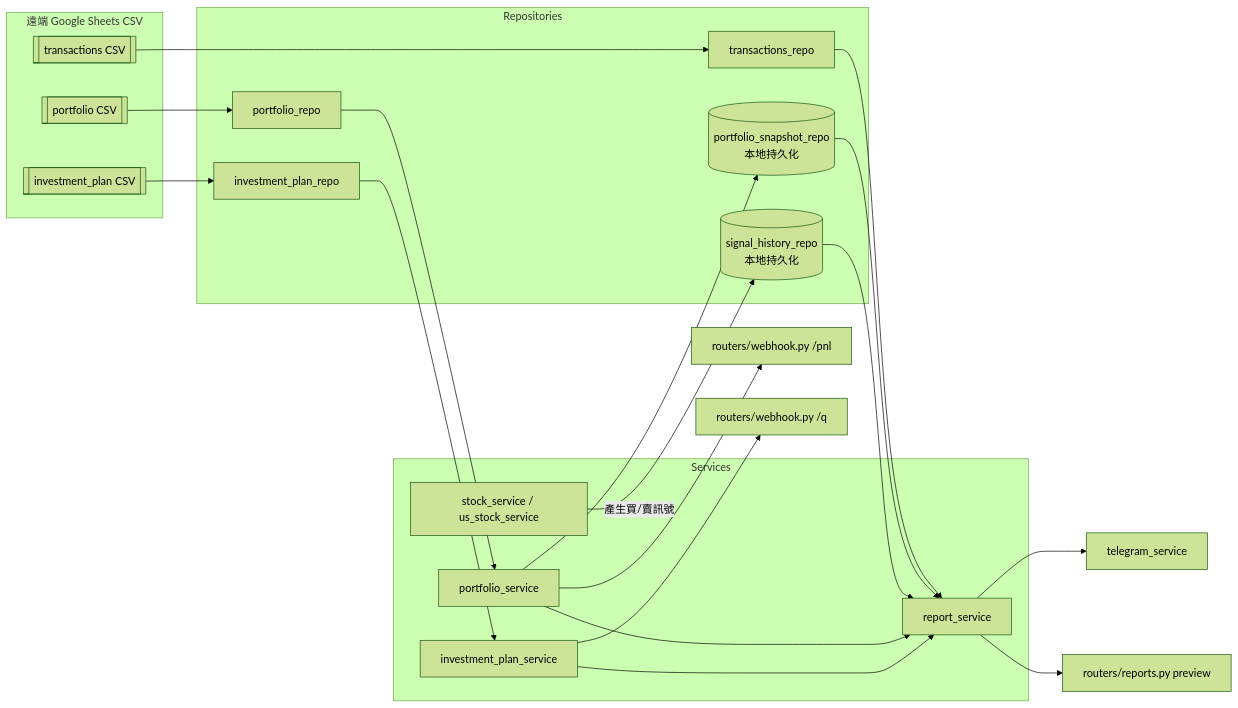
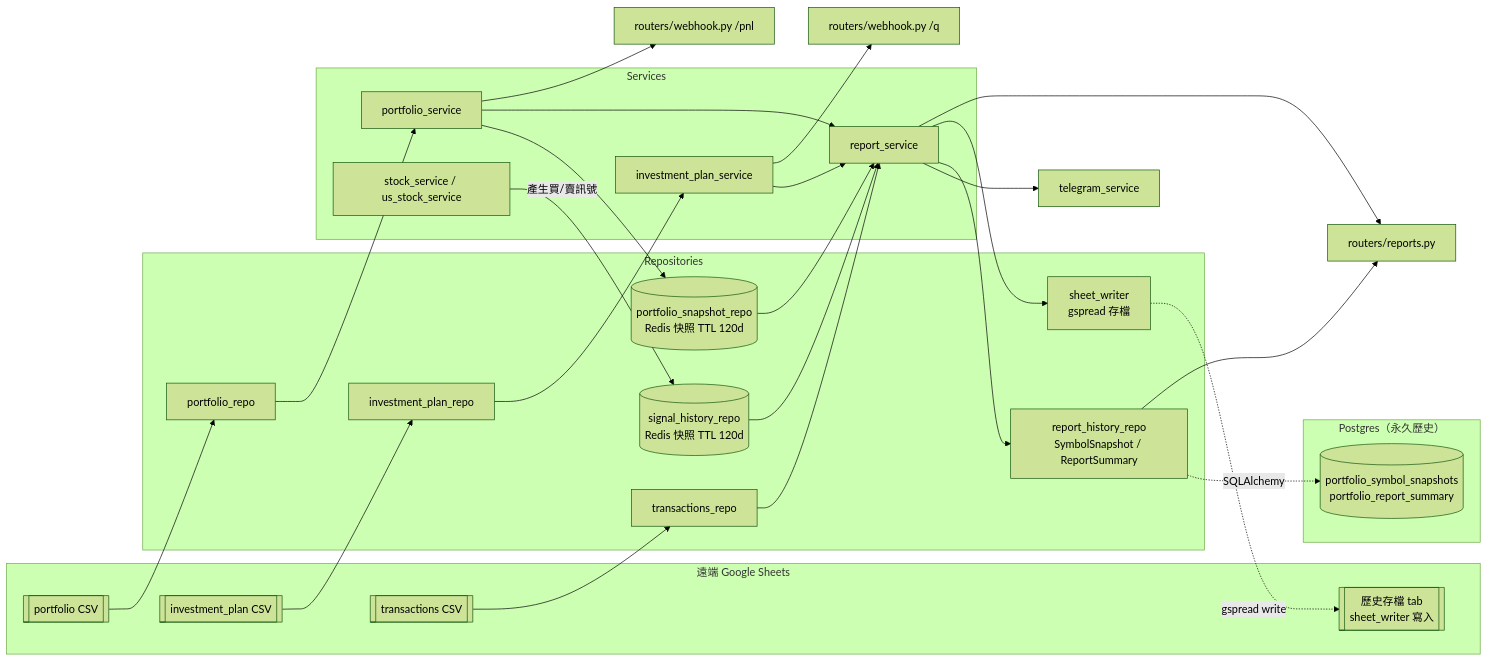
One commit to Josephmtsai/fastApiStock changed the sixth of 7 diagrams in docs/architecture.md. Above: the diagram before and after it, drawn with Mermaid (forest theme). The commit also changed other lines of this file, not shown here.

````diff
--- a/docs/architecture.md
+++ b/docs/architecture.md
@@ -309,45 +328,58 @@
 ```mermaid
 flowchart LR
-    subgraph REMOTE[遠端 Google Sheets CSV]
+    subgraph REMOTE["遠端 Google Sheets"]
         G1[[portfolio CSV]]
         G2[[investment_plan CSV]]
         G3[[transactions CSV]]
+        G4[[歷史存檔 tab<br/>sheet_writer 寫入]]
+    end
+
+    subgraph PG_STORE["Postgres（永久歷史）"]
+        DB[("portfolio_symbol_snapshots<br/>portfolio_report_summary")]
     end
 
     subgraph REPOS[Repositories]
         PR[portfolio_repo]
         IPR[investment_plan_repo]
         TXR[transactions_repo]
-        SNAP[(portfolio_snapshot_repo<br/>本地持久化)]
-        SIG[(signal_history_repo<br/>本地持久化)]
+        SNAP[(portfolio_snapshot_repo<br/>Redis 快照 TTL 120d)]
+        SIG[(signal_history_repo<br/>Redis 快照 TTL 120d)]
+        RHR[report_history_repo<br/>SymbolSnapshot / ReportSummary]
+        SHW[sheet_writer<br/>gspread 存檔]
     end
 
     G1 --> PR
     G2 --> IPR
     G3 --> TXR
 
     subgraph SVCS[Services]
         PSVC[portfolio_service]
         IPSVC[investment_plan_service]
         RSVC[report_service]
         SSVC[stock_service / us_stock_service]
     end
 
     PR --> PSVC
     IPR --> IPSVC
     TXR --> RSVC
 
     PSVC --> SNAP
     SNAP --> RSVC
 
     SSVC -- 產生買/賣訊號 --> SIG
     SIG --> RSVC
 
     PSVC --> RSVC
     IPSVC --> RSVC
 
     RSVC --> TSVC[telegram_service]
+    RSVC --> RHR
+    RSVC --> SHW
+    RHR -. SQLAlchemy .-> DB
+    SHW -. gspread write .-> G4
+
     PSVC --> WH[routers/webhook.py /pnl]
     IPSVC --> WH2[routers/webhook.py /q]
-    RSVC --> RR[routers/reports.py preview]
+    RSVC --> RR[routers/reports.py]
+    RHR --> RR
 ```
````
